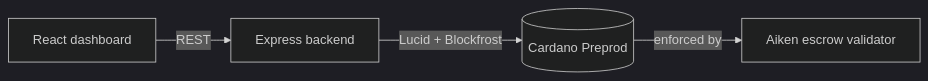
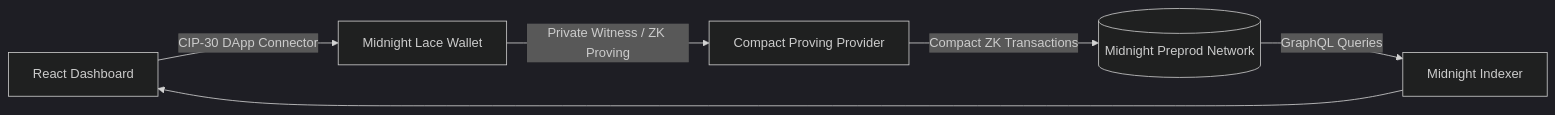
One commit to okokok04/midnight-vault changed the diagram in README.md. Above: the diagram before and after it, drawn with Mermaid (dark theme). The commit also changed other lines of this file and 15 other files, not shown here.

````diff
--- a/README.md
+++ b/README.md
@@ -243,6 +231,8 @@
 ```mermaid
 flowchart LR
-    UI[React dashboard] -- REST --> API[Express backend]
-    API -- Lucid + Blockfrost --> Chain[(Cardano Preprod)]
-    Chain -- enforced by --> Validator[Aiken escrow validator]
+    UI[React Dashboard] -- CIP-30 DApp Connector --> Lace[Midnight Lace Wallet]
+    Lace -- Private Witness / ZK Proving --> Prover[Compact Proving Provider]
+    Prover -- Compact ZK Transactions --> Network[(Midnight Preprod Network)]
+    Network -- GraphQL Queries --> Indexer[Midnight Indexer]
+    Indexer --> UI
 ```
````
